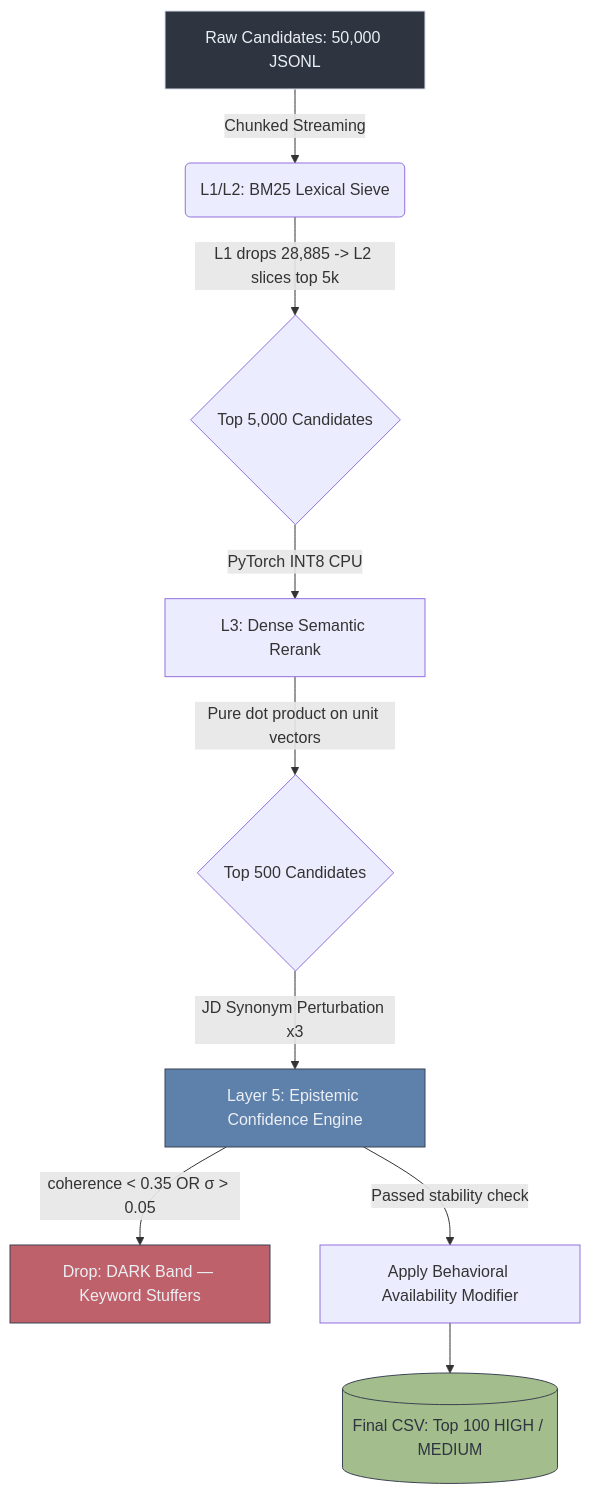
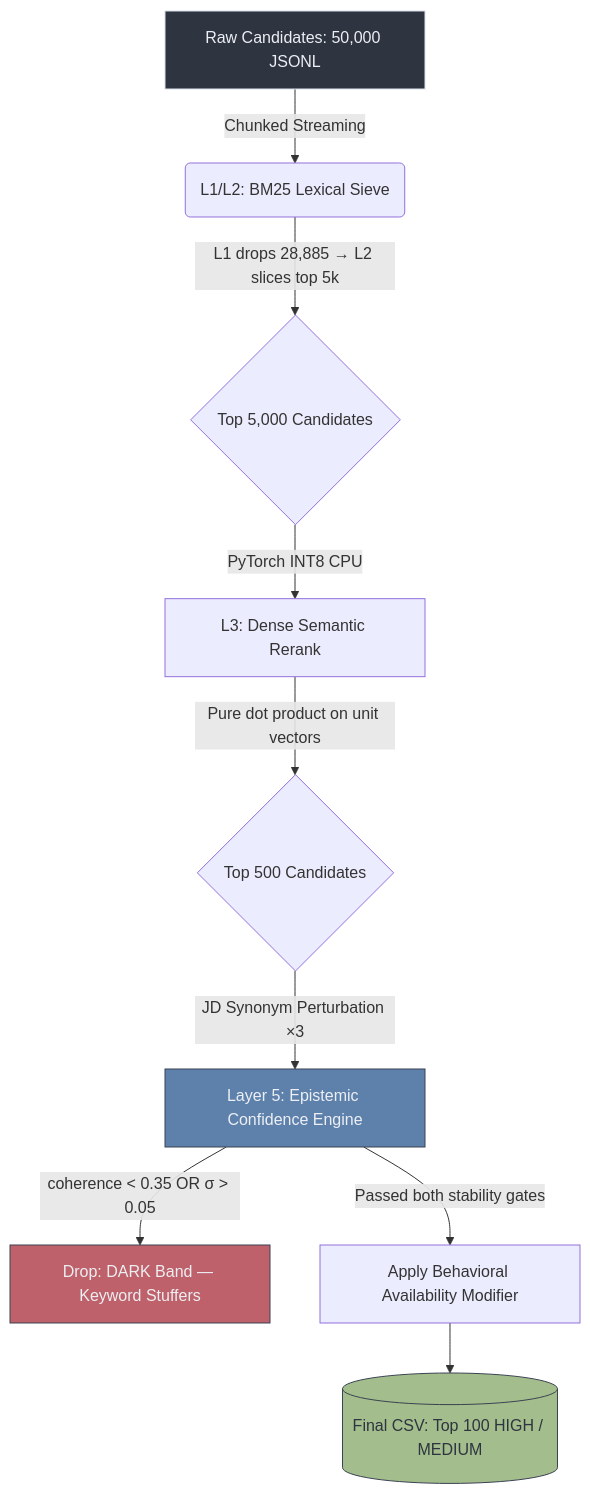
One commit to NITHIN4747/semantic-candidate-discovery-engine changed the diagram in README.md. Above: the diagram before and after it, drawn with Mermaid. The commit also changed other lines of this file, not shown here.

````diff
--- a/README.md
+++ b/README.md
@@ -24,20 +39,20 @@
 ```mermaid
 graph TD
     A["Raw Candidates: 50,000 JSONL"] -->|Chunked Streaming| B("L1/L2: BM25 Lexical Sieve")
-    B -->|L1 drops 28,885 -> L2 slices top 5k| C{"Top 5,000 Candidates"}
+    B -->|"L1 drops 28,885 → L2 slices top 5k"| C{"Top 5,000 Candidates"}
 
     C -->|PyTorch INT8 CPU| D["L3: Dense Semantic Rerank"]
     D -->|Pure dot product on unit vectors| E{"Top 500 Candidates"}
 
-    E -->|JD Synonym Perturbation x3| F["Layer 5: Epistemic Confidence Engine"]
+    E -->|"JD Synonym Perturbation ×3"| F["Layer 5: Epistemic Confidence Engine"]
 
     F -->|"coherence < 0.35 OR σ > 0.05"| G["Drop: DARK Band — Keyword Stuffers"]
-    F -->|Passed stability check| H["Apply Behavioral Availability Modifier"]
+    F -->|Passed both stability gates| H["Apply Behavioral Availability Modifier"]
 
     H --> I[("Final CSV: Top 100 HIGH / MEDIUM")]
 
     style A fill:#2e3440,stroke:#d8dee9,color:#eceff4
     style G fill:#bf616a,stroke:#3b4252,color:#eceff4
     style I fill:#a3be8c,stroke:#3b4252,color:#2e3440
     style F fill:#5e81ac,stroke:#3b4252,color:#eceff4
 ```
````
